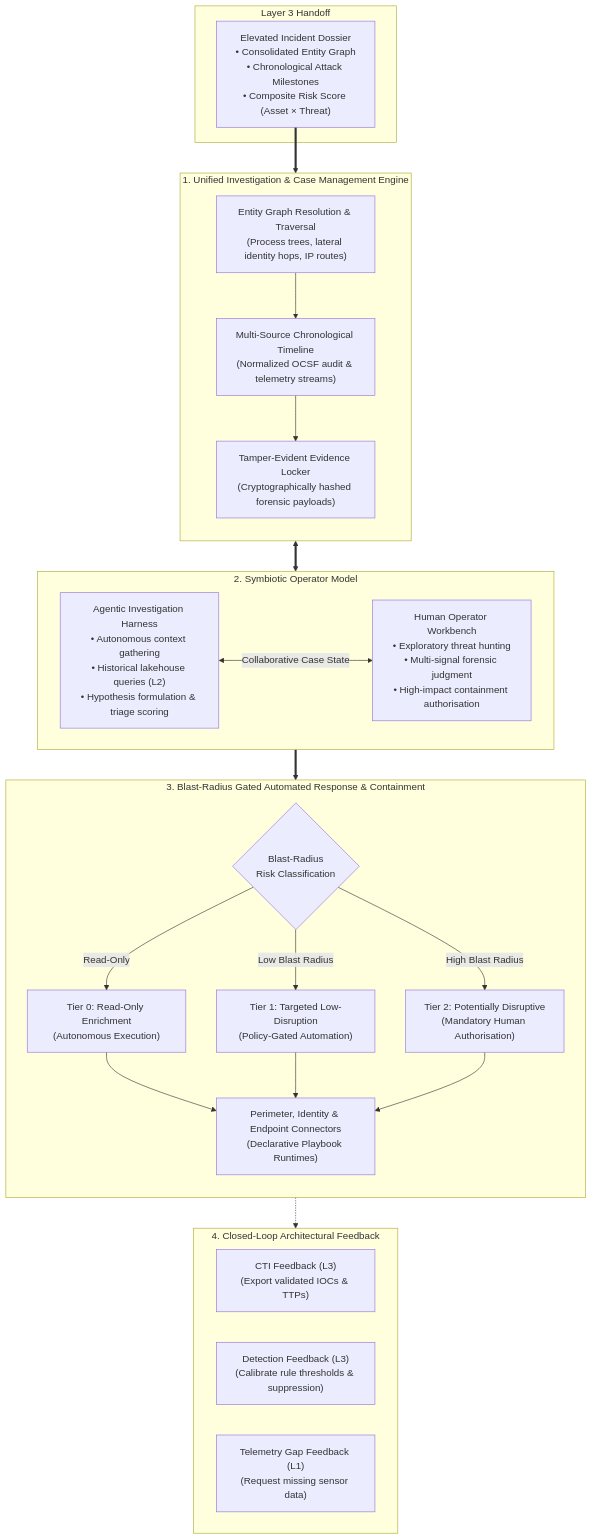
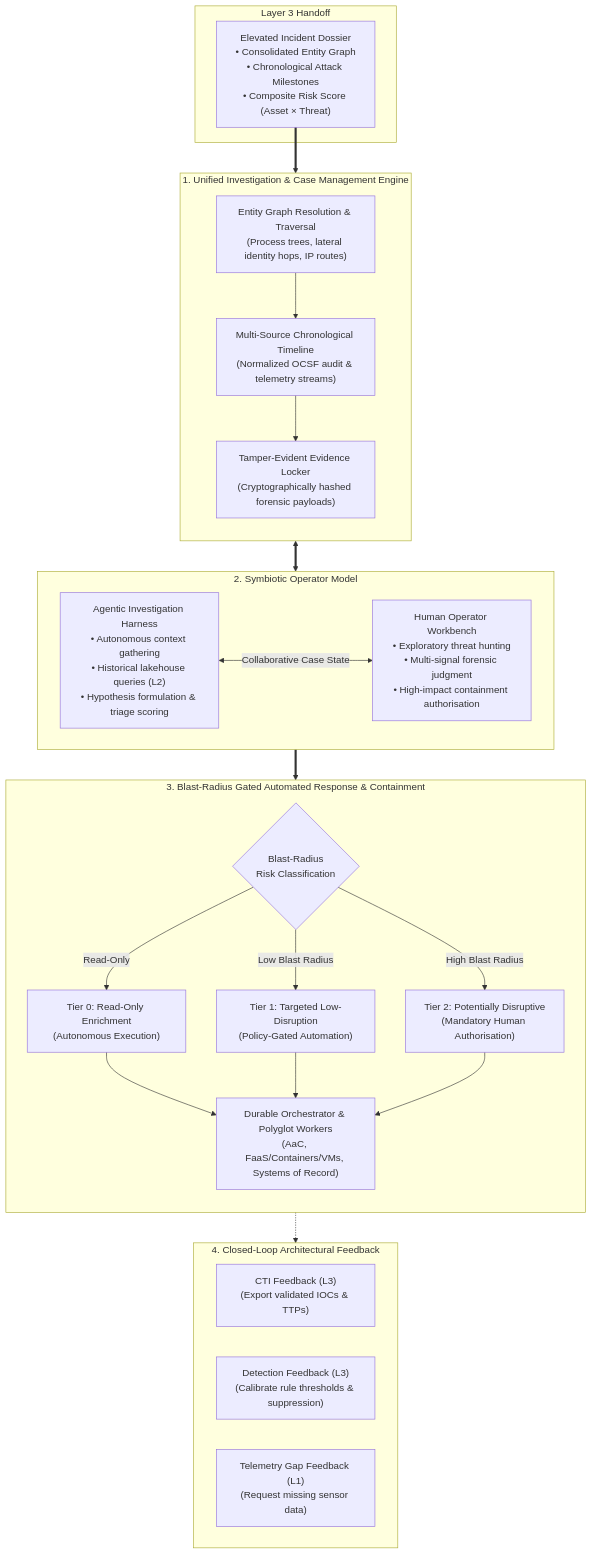
One commit to Haribu/TIDIR changed the first of 5 diagrams in docs/architecture/07-layer-4-incident-response.md. Above: the diagram before and after it, drawn with Mermaid. The commit also changed other lines of this file and 17 other files, not shown here.

Commit message:
feat(architecture): add workflow orchestration ADR-0027, OpenID SSE actuation, 4-tier exposure ingress, and multi-source risk calibration (v1.17.0)

````diff
--- a/docs/architecture/07-layer-4-incident-response.md
+++ b/docs/architecture/07-layer-4-incident-response.md
@@ -12,51 +12,51 @@
 ```mermaid
 flowchart TB
   subgraph L3_Handoff ["Layer 3 Handoff"]
     DOSSIER["Elevated Incident Dossier\n• Consolidated Entity Graph\n• Chronological Attack Milestones\n• Composite Risk Score (Asset × Threat)"]
   end
 
   subgraph L4_Investigation ["1. Unified Investigation & Case Management Engine"]
     direction TB
     GRAPH_TRAV["Entity Graph Resolution & Traversal\n(Process trees, lateral identity hops, IP routes)"]
     TIMELINE["Multi-Source Chronological Timeline\n(Normalized OCSF audit & telemetry streams)"]
     EVIDENCE["Tamper-Evident Evidence Locker\n(Cryptographically hashed forensic payloads)"]
 
     GRAPH_TRAV --> TIMELINE --> EVIDENCE
   end
 
   subgraph L4_Operators ["2. Symbiotic Operator Model"]
     direction LR
     AGENT_HARNESS["Agentic Investigation Harness\n• Autonomous context gathering\n• Historical lakehouse queries (L2)\n• Hypothesis formulation & triage scoring"]
     HUMAN_WORKBENCH["Human Operator Workbench\n• Exploratory threat hunting\n• Multi-signal forensic judgment\n• High-impact containment authorisation"]
 
     AGENT_HARNESS <-->|Collaborative Case State| HUMAN_WORKBENCH
   end
 
   subgraph L4_Response ["3. Blast-Radius Gated Automated Response & Containment"]
     direction TB
     ROUTER{"Blast-Radius\nRisk Classification"}
     TIER0["Tier 0: Read-Only Enrichment\n(Autonomous Execution)"]
     TIER1["Tier 1: Targeted Low-Disruption\n(Policy-Gated Automation)"]
     TIER2["Tier 2: Potentially Disruptive\n(Mandatory Human Authorisation)"]
-    CONNECTOR["Perimeter, Identity & Endpoint Connectors\n(Declarative Playbook Runtimes)"]
+    CONNECTOR["Durable Orchestrator & Polyglot Workers\n(AaC, FaaS/Containers/VMs, Systems of Record)"]
 
     ROUTER -->|Read-Only| TIER0
     ROUTER -->|Low Blast Radius| TIER1
     ROUTER -->|High Blast Radius| TIER2
 
     TIER0 --> CONNECTOR
     TIER1 --> CONNECTOR
     TIER2 --> CONNECTOR
   end
 
   subgraph ClosedLoop ["4. Closed-Loop Architectural Feedback"]
     FB_CTI["CTI Feedback (L3)\n(Export validated IOCs & TTPs)"]
     FB_DAC["Detection Feedback (L3)\n(Calibrate rule thresholds & suppression)"]
     FB_L1["Telemetry Gap Feedback (L1)\n(Request missing sensor data)"]
   end
 
   DOSSIER ==> L4_Investigation
   L4_Investigation <==> L4_Operators
   L4_Operators ==> L4_Response
   L4_Response -.-> ClosedLoop
 ```
````
